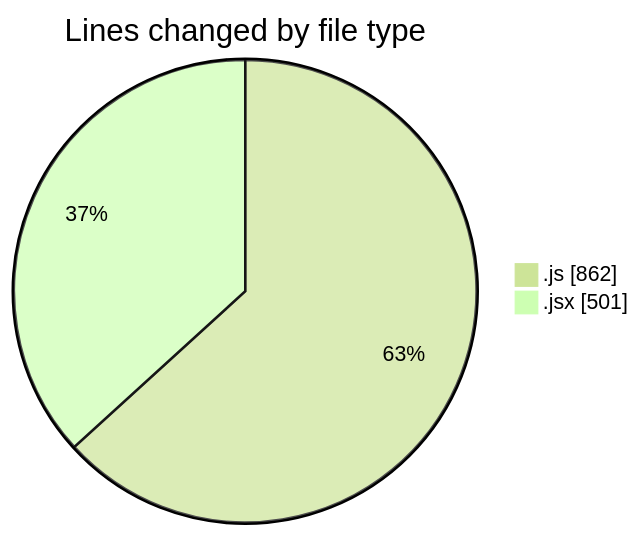
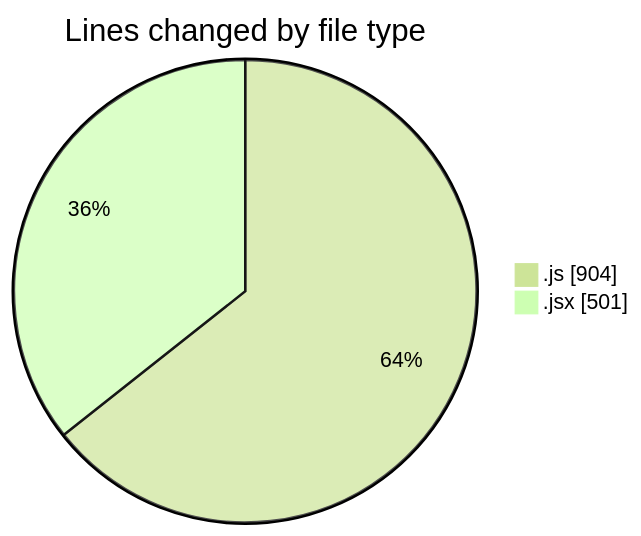
One commit to nxtqubesakshisongat/code-tracking changed the first of 2 diagrams in 2025-11-09/nxtqube_webapp/README.md. Above: the diagram before and after it, drawn with Mermaid (forest theme). The commit also changed other lines of this file and 1 other file, not shown here.

````diff
--- a/2025-11-09/nxtqube_webapp/README.md
+++ b/2025-11-09/nxtqube_webapp/README.md
@@ -26,6 +27,6 @@
 ```mermaid
 pie showData
 title Lines changed by file type
-".js" : 862
+".js" : 904
 ".jsx" : 501
 ```
````
